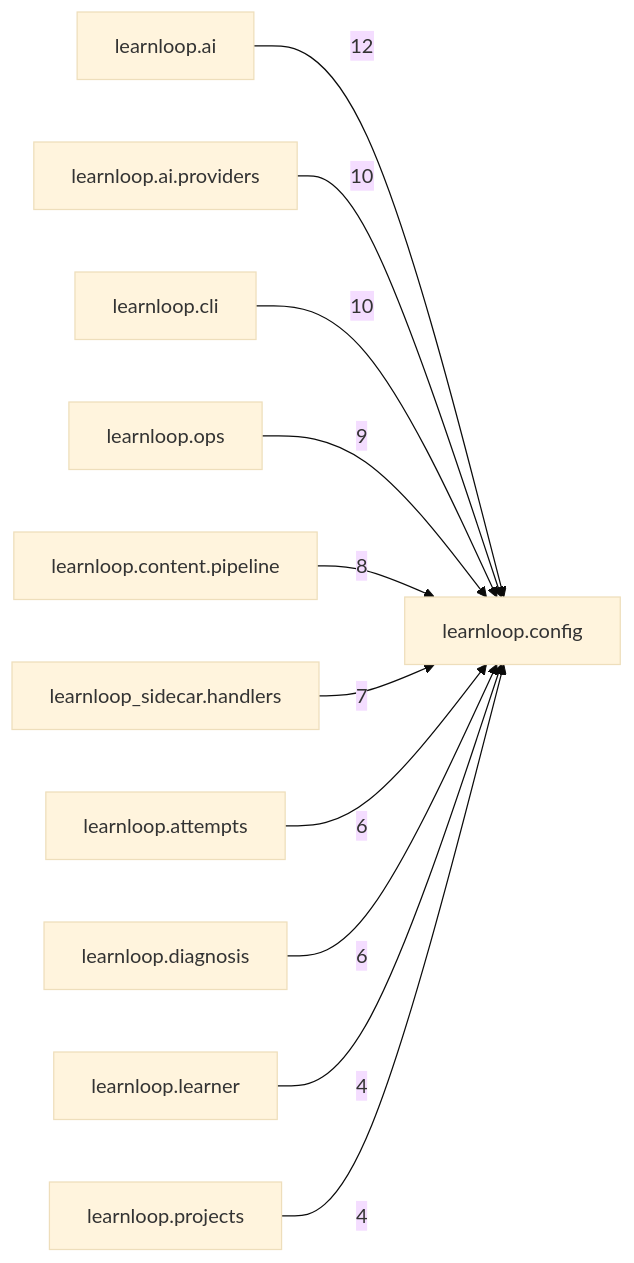
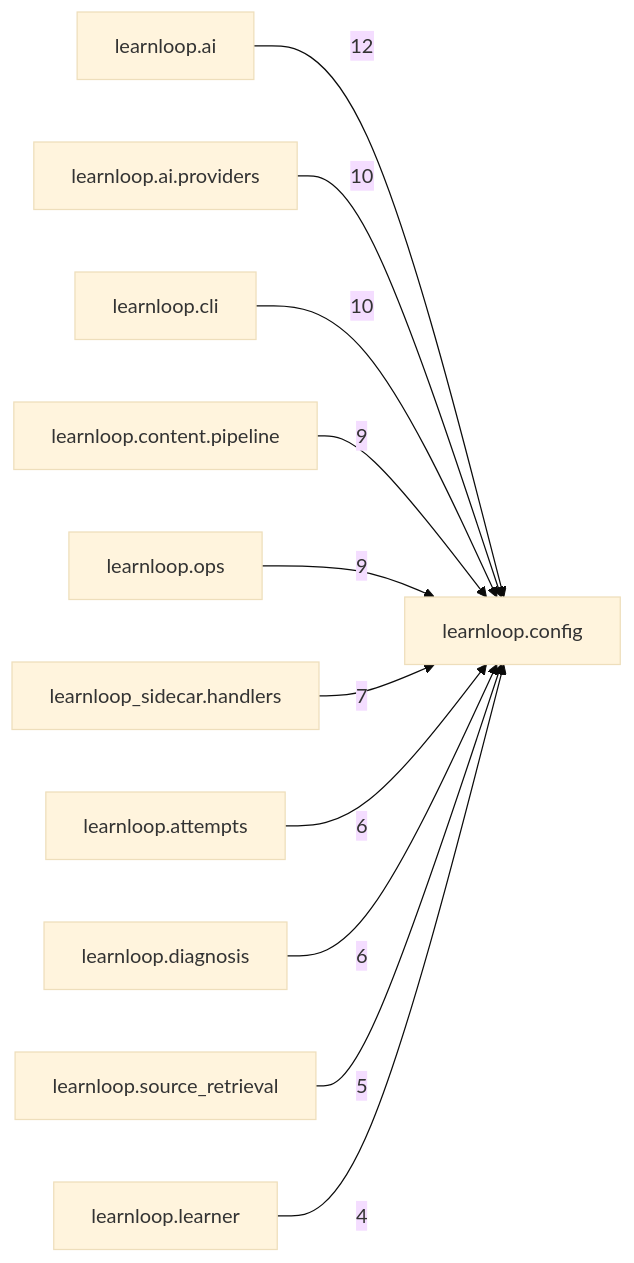
Before and after one commit to 6up-b/learnanything: the diagram in docs/learnloop-architecture-vault/Reference/Modules/learnloop/config/_package.md, drawn with Mermaid (base theme). The commit also changed other lines of this file and 315 other files, not shown here.

````diff
--- a/docs/learnloop-architecture-vault/Reference/Modules/learnloop/config/_package.md
+++ b/docs/learnloop-architecture-vault/Reference/Modules/learnloop/config/_package.md
@@ -112,24 +112,24 @@
 ```mermaid
 flowchart LR
     center["learnloop.config"]
     n_learnloop_ai["learnloop.ai"]
     n_learnloop_ai_providers["learnloop.ai.providers"]
     n_learnloop_cli["learnloop.cli"]
+    n_learnloop_content_pipeline["learnloop.content.pipeline"]
     n_learnloop_ops["learnloop.ops"]
-    n_learnloop_content_pipeline["learnloop.content.pipeline"]
     n_learnloop_sidecar_handlers["learnloop_sidecar.handlers"]
     n_learnloop_attempts["learnloop.attempts"]
     n_learnloop_diagnosis["learnloop.diagnosis"]
+    n_learnloop_source_retrieval["learnloop.source_retrieval"]
     n_learnloop_learner["learnloop.learner"]
-    n_learnloop_projects["learnloop.projects"]
     n_learnloop_ai -->|12| center
     n_learnloop_ai_providers -->|10| center
     n_learnloop_cli -->|10| center
+    n_learnloop_content_pipeline -->|9| center
     n_learnloop_ops -->|9| center
-    n_learnloop_content_pipeline -->|8| center
     n_learnloop_sidecar_handlers -->|7| center
     n_learnloop_attempts -->|6| center
     n_learnloop_diagnosis -->|6| center
+    n_learnloop_source_retrieval -->|5| center
     n_learnloop_learner -->|4| center
-    n_learnloop_projects -->|4| center
 ```
````
